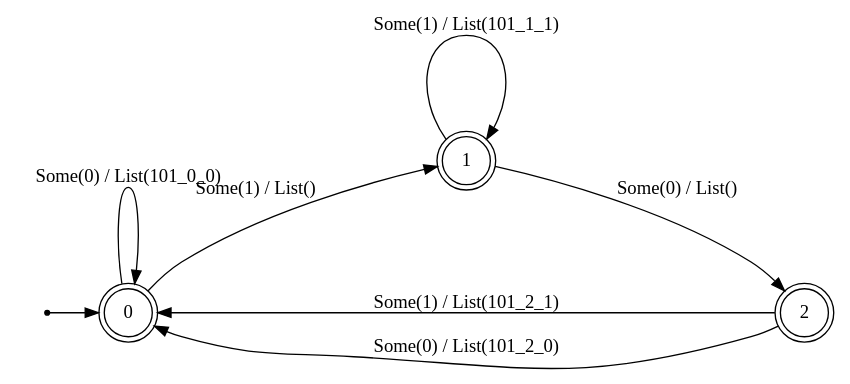
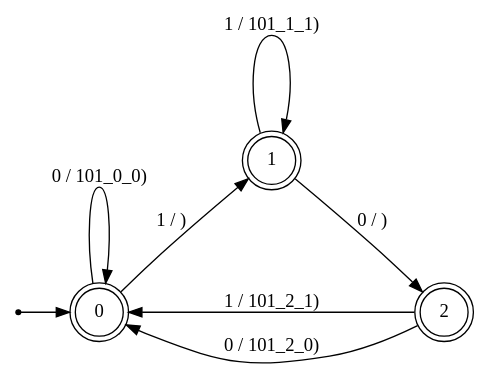
One commit to Mojashi/slides changed the diagram in dot/101.dot. Above: the diagram before and after it, drawn with Graphviz. The commit also changed 6 other files, not shown here.

```diff
--- a/dot/101.dot
+++ b/dot/101.dot
@@ -1,14 +1,14 @@
 digraph  {
 rankdir=LR;
 
 superstart[shape = point ];
 superstart->"0"
 "0" [shape=doublecircle];
 "1" [shape=doublecircle];
 "2" [shape=doublecircle];
-"0" -> "1" [label="Some(1) / List()", style = solid ];
-"0" -> "0" [label="Some(0) / List(101_0_0)", style = solid ];
-"1" -> "1" [label="Some(1) / List(101_1_1)", style = solid ];
-"1" -> "2" [label="Some(0) / List()", style = solid ];
-"2" -> "0" [label="Some(1) / List(101_2_1)", style = solid ];
-"2" -> "0" [label="Some(0) / List(101_2_0)", style = solid ];nodesep="1";}
+"0" -> "1" [label="1 / )", style = solid ];
+"0" -> "0" [label="0 / 101_0_0)", style = solid ];
+"1" -> "1" [label="1 / 101_1_1)", style = solid ];
+"1" -> "2" [label="0 / )", style = solid ];
+"2" -> "0" [label="1 / 101_2_1)", style = solid ];
+"2" -> "0" [label="0 / 101_2_0)", style = solid ];nodesep="1";}
```
